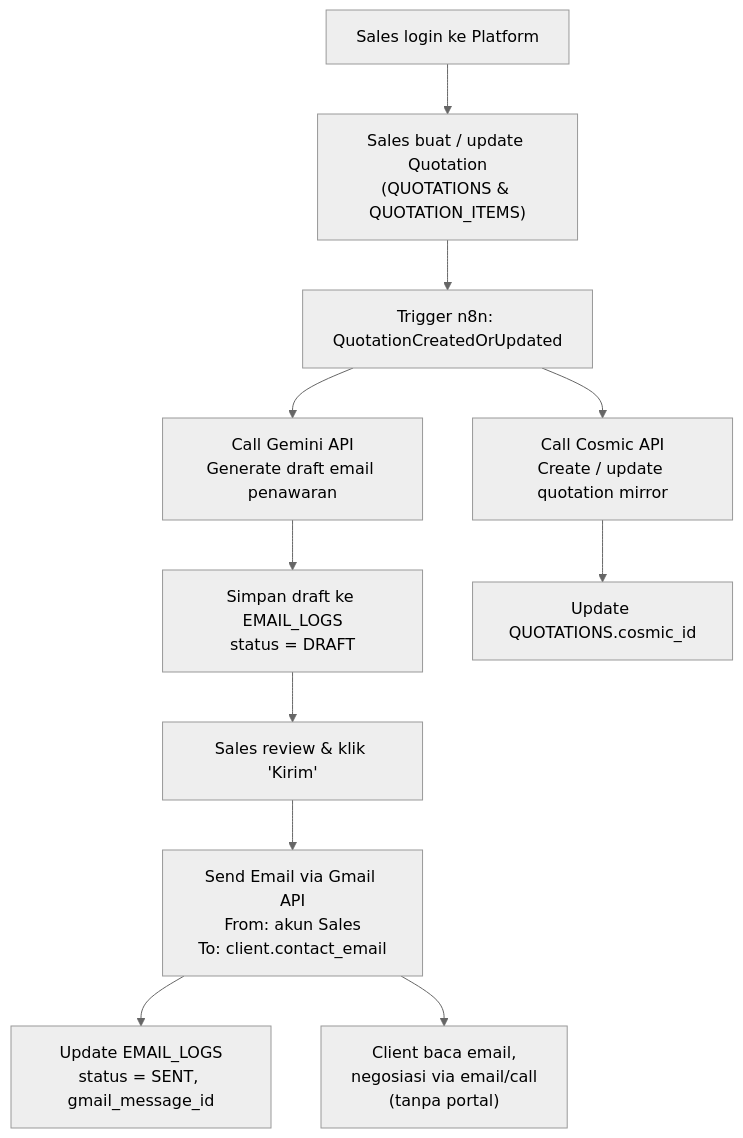
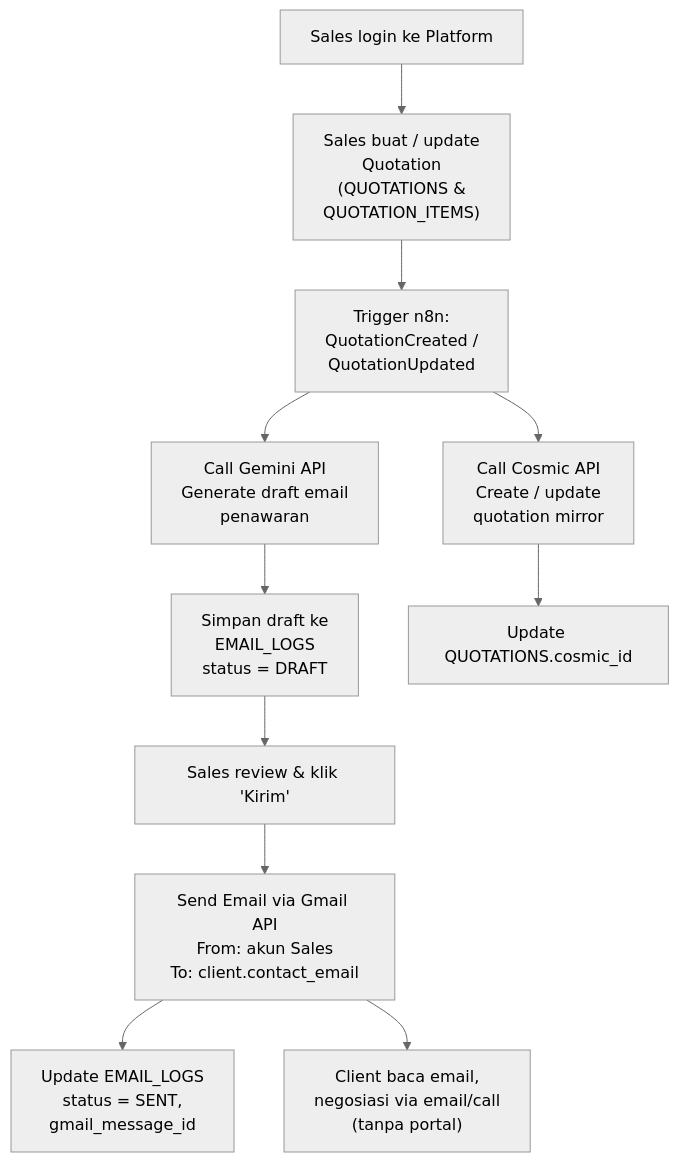
The second of 6 diagrams in README.md (rifaldigits/CloudSales), drawn with Mermaid (neutral theme) before and after one commit. The commit also changed other lines of this file, not shown here.

````diff
--- a/README.md
+++ b/README.md
@@ -351,20 +351,20 @@
 ```mermaid
 flowchart TD
-    S1["Sales login ke Platform"] --> S2["Sales buat / update Quotation<br>(QUOTATIONS & QUOTATION_ITEMS)"]
-    S2 --> T1["Trigger n8n: QuotationCreatedOrUpdated"]
+    S1["Sales login ke Platform"] --> S2["Sales buat / update<br>Quotation<br>(QUOTATIONS &<br>QUOTATION_ITEMS)"]
+    S2 --> T1["Trigger n8n:<br>QuotationCreated /<br>QuotationUpdated"]
 
     %% AI EMAIL
-    T1 --> AI1["Call Gemini API<br>Generate draft email penawaran"]
-    AI1 --> E1["Simpan draft ke EMAIL_LOGS<br>status = DRAFT"]
+    T1 --> AI1["Call Gemini API<br>Generate draft email<br>penawaran"]
+    AI1 --> E1["Simpan draft ke<br>EMAIL_LOGS<br>status = DRAFT"]
 
     E1 --> S3["Sales review & klik 'Kirim'"]
     S3 --> G1["Send Email via Gmail API<br>From: akun Sales<br>To: client.contact_email"]
-    G1 --> E2["Update EMAIL_LOGS<br>status = SENT, gmail_message_id"]
+    G1 --> E2["Update EMAIL_LOGS<br>status = SENT,<br>gmail_message_id"]
 
     %% COSMIC MIRROR
-    T1 --> C1["Call Cosmic API<br>Create / update quotation mirror"]
+    T1 --> C1["Call Cosmic API<br>Create / update<br>quotation mirror"]
     C1 --> S4["Update QUOTATIONS.cosmic_id"]
 
     %% NEGOSIASI
     G1 --> CL["Client baca email,<br>negosiasi via email/call<br>(tanpa portal)"]
 ```
````
